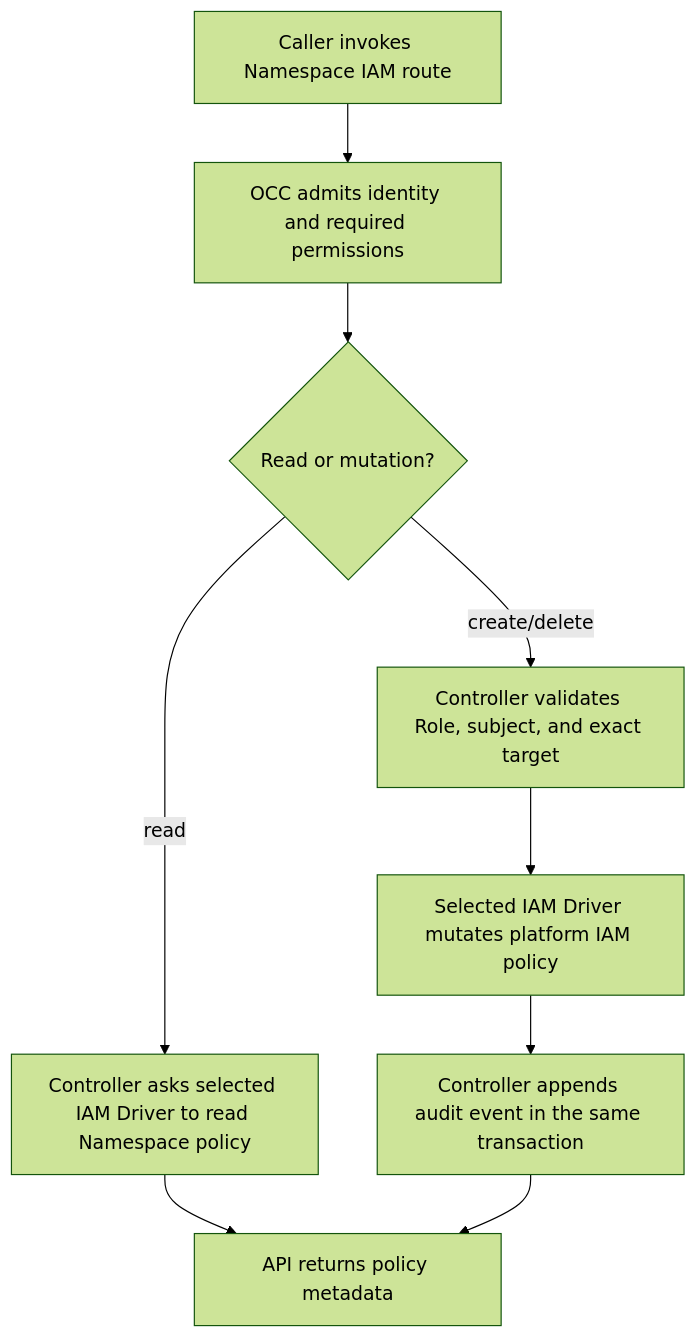
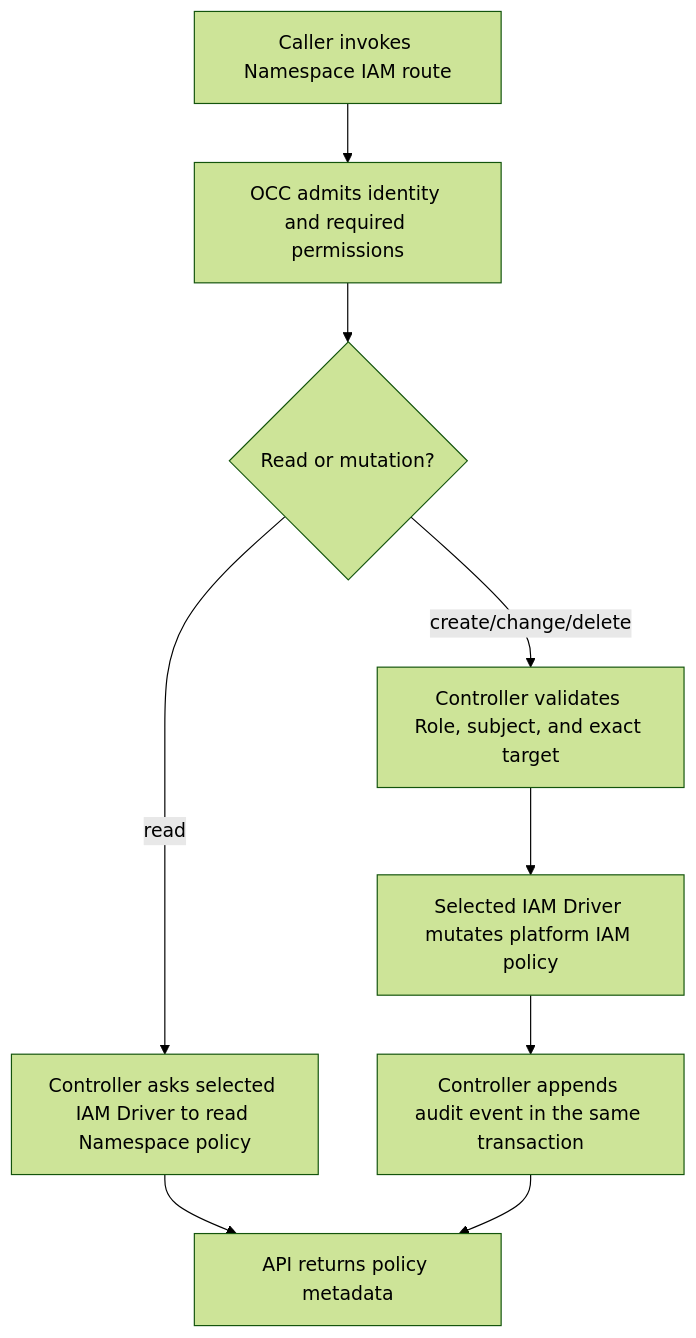
The diagram in docs/flows/namespace-iam-policy.md (openclaw/openclaw-enterprise), drawn with Mermaid (forest theme) before and after one commit. The commit also changed other lines of this file and 63 other files, not shown here.

````diff
--- a/docs/flows/namespace-iam-policy.md
+++ b/docs/flows/namespace-iam-policy.md
@@ -30,11 +30,11 @@
 ```mermaid
 graph TD
   A["Caller invokes Namespace IAM route"] --> B["OCC admits identity and required permissions"]
   B --> C{"Read or mutation?"}
   C -->|read| D["Controller asks selected IAM Driver to read Namespace policy"]
-  C -->|create/delete| E["Controller validates Role, subject, and exact target"]
+  C -->|create/change/delete| E["Controller validates Role, subject, and exact target"]
   E --> F["Selected IAM Driver mutates platform IAM policy"]
   F --> G["Controller appends audit event in the same transaction"]
   D --> H["API returns policy metadata"]
   G --> H
 ```
````
